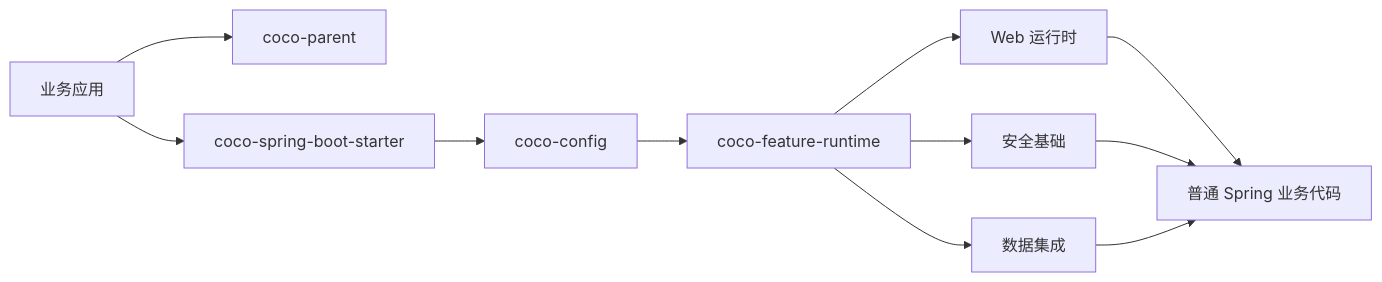
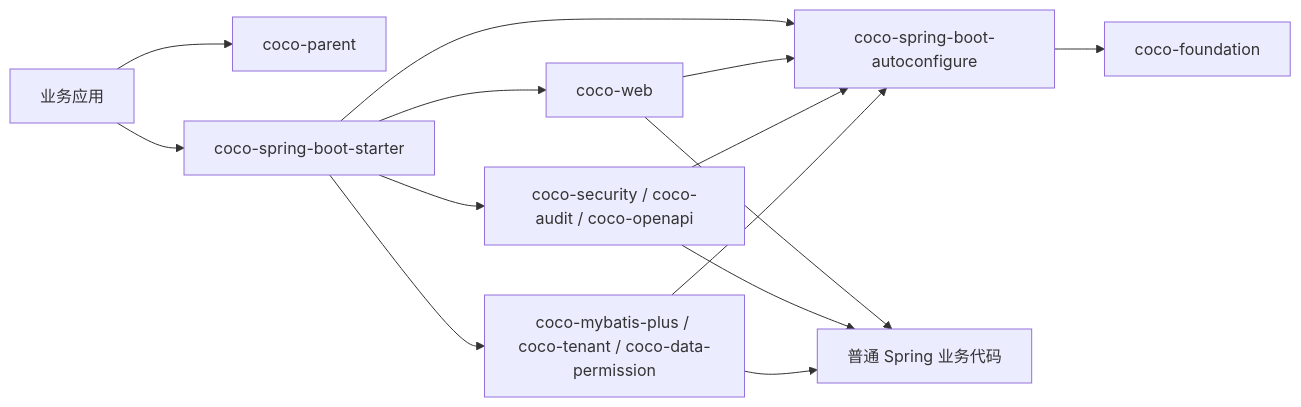
One commit to patton174/coco-framework changed the diagram in .github/readme/fragments/zh-CN/50-samples-and-architecture.md. Above: the diagram before and after it, drawn with Mermaid. The commit also changed other lines of this file and 674 other files, not shown here.

````diff
--- a/.github/readme/fragments/zh-CN/50-samples-and-architecture.md
+++ b/.github/readme/fragments/zh-CN/50-samples-and-architecture.md
@@ -27,13 +27,16 @@
 ```mermaid
 flowchart LR
     app["业务应用"] --> parent["coco-parent"]
     app --> starter["coco-spring-boot-starter"]
-    starter --> config["coco-config"]
-    config --> runtime["coco-feature-runtime"]
-    runtime --> web["Web 运行时"]
-    runtime --> security["安全基础"]
-    runtime --> data["数据集成"]
+    starter --> autoconfigure["coco-spring-boot-autoconfigure"]
+    starter --> web["coco-web"]
+    starter --> security["coco-security / coco-audit / coco-openapi"]
+    starter --> data["coco-mybatis-plus / coco-tenant / coco-data-permission"]
+    web --> autoconfigure
+    security --> autoconfigure
+    data --> autoconfigure
+    autoconfigure --> foundation["coco-foundation"]
     web --> business["普通 Spring 业务代码"]
     security --> business
     data --> business
 ```
````
